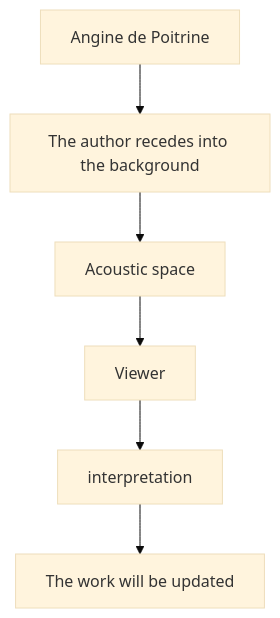
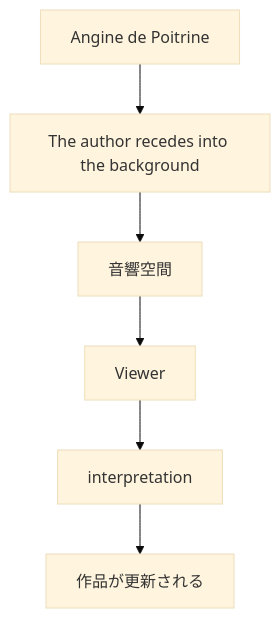
The fourth of 9 diagrams in en/_posts/2026-07-07-column-angine-de-poitrine-caroliner-rubber-o-cement.md (monumental-movement/monumental-movement.github.io), drawn with Mermaid (base theme) before and after one commit. The commit also changed other lines of this file and 1012 other files, not shown here.

```diff
--- a/en/_posts/2026-07-07-column-angine-de-poitrine-caroliner-rubber-o-cement.md
+++ b/en/_posts/2026-07-07-column-angine-de-poitrine-caroliner-rubber-o-cement.md
@@ -503,17 +503,17 @@
 <div class="mermaid">
 flowchart TD
 
 A["Angine de Poitrine"]
 B["The author recedes into the background"]
-C["Acoustic space"]
+C["音響空間"]
 D["Viewer"]
 E["interpretation"]
-F["The work will be updated"]
+F["作品が更新される"]
 
 A --> B
 B --> C
 C --> D
 D --> E
 E --> F
 
 </div>
```
